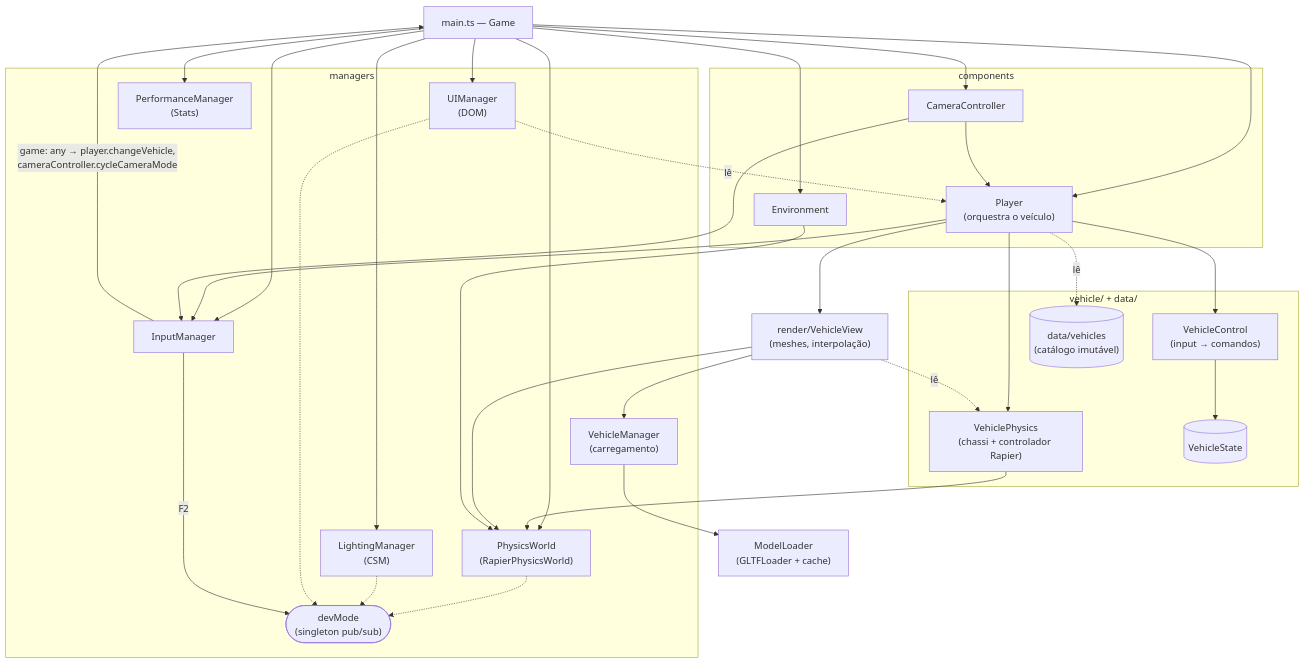
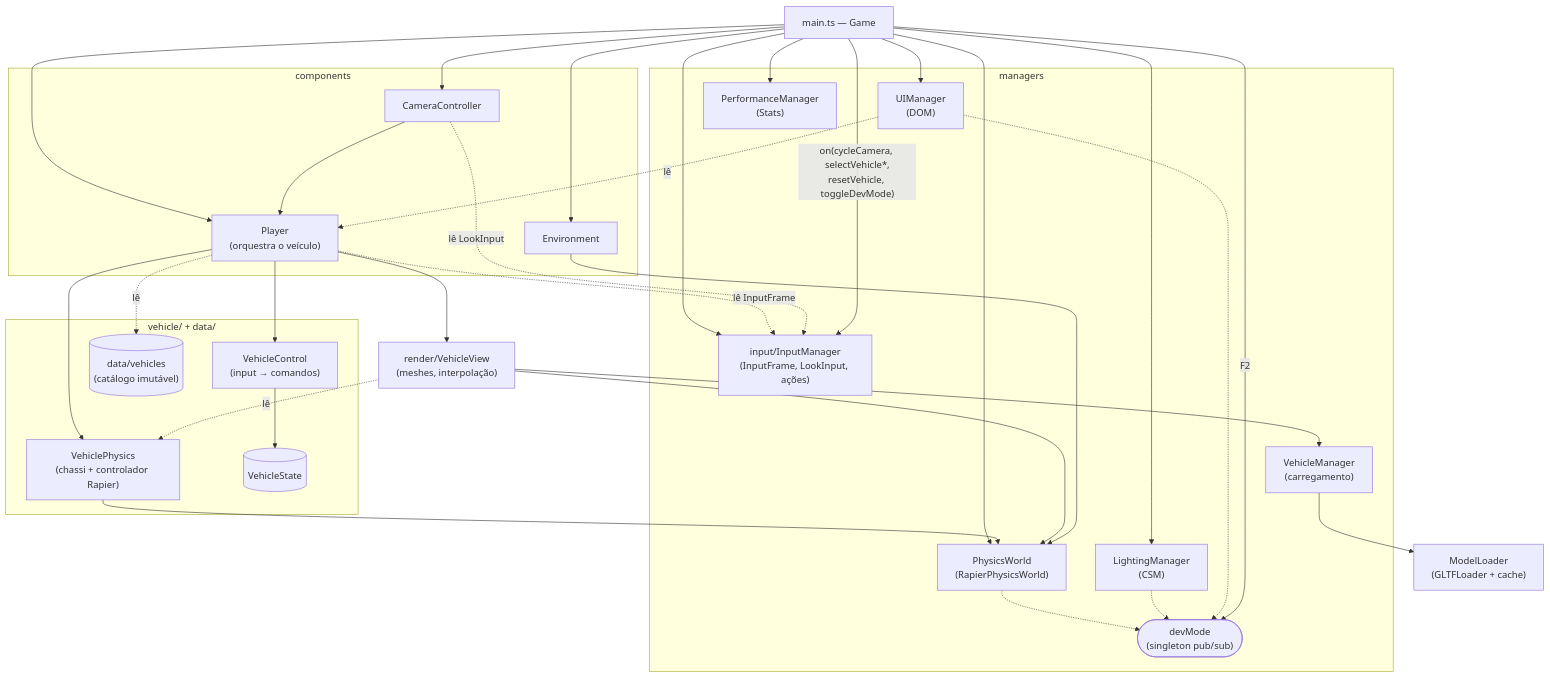
The first of 2 diagrams in ARCHITECTURE.md (leo-pansonato/portfolio-three.js), drawn with Mermaid before and after one commit. The commit also changed other lines of this file and 1 other file, not shown here.

Commit message:
docs: P1-4 concluído (InputFrame, ações tipadas, mapeamento como dados)

````diff
--- a/ARCHITECTURE.md
+++ b/ARCHITECTURE.md
@@ -21,44 +21,44 @@
 ```mermaid
 flowchart TD
     main["main.ts — Game"]
     subgraph managers
         PM["PhysicsWorld<br/>(RapierPhysicsWorld)"]
-        IM["InputManager"]
+        IM["input/InputManager<br/>(InputFrame, LookInput, ações)"]
         LM["LightingManager<br/>(CSM)"]
         UI["UIManager<br/>(DOM)"]
         PerfM["PerformanceManager<br/>(Stats)"]
         VM["VehicleManager<br/>(carregamento)"]
         DM(["devMode<br/>(singleton pub/sub)"])
     end
     subgraph components
         P["Player<br/>(orquestra o veículo)"]
         CC["CameraController"]
         Env["Environment"]
     end
     subgraph vehicle ["vehicle/ + data/"]
         VC["VehicleControl<br/>(input → comandos)"]
         VP["VehiclePhysics<br/>(chassi + controlador Rapier)"]
         VS[("VehicleState")]
         VD[("data/vehicles<br/>(catálogo imutável)")]
     end
     VV["render/VehicleView<br/>(meshes, interpolação)"]
     ML["ModelLoader<br/>(GLTFLoader + cache)"]
 
     main --> PM & IM & LM & UI & PerfM & Env & P & CC
-    P --> IM
+    P -. lê InputFrame .-> IM
     P --> VC --> VS
     P --> VP --> PM
     P --> VV --> VM --> ML
     VV -. lê .-> VP
     VV --> PM
     P -. lê .-> VD
     CC --> P
-    CC --> IM
+    CC -. lê LookInput .-> IM
     Env --> PM
     UI -. lê .-> P
-    IM -- "game: any → player.changeVehicle,<br/>cameraController.cycleCameraMode" --> main
+    main -- "on(cycleCamera, selectVehicle*,<br/>resetVehicle, toggleDevMode)" --> IM
     PM -.-> DM
     LM -.-> DM
     UI -.-> DM
-    IM -- F2 --> DM
+    main -- F2 --> DM
 ```
````
